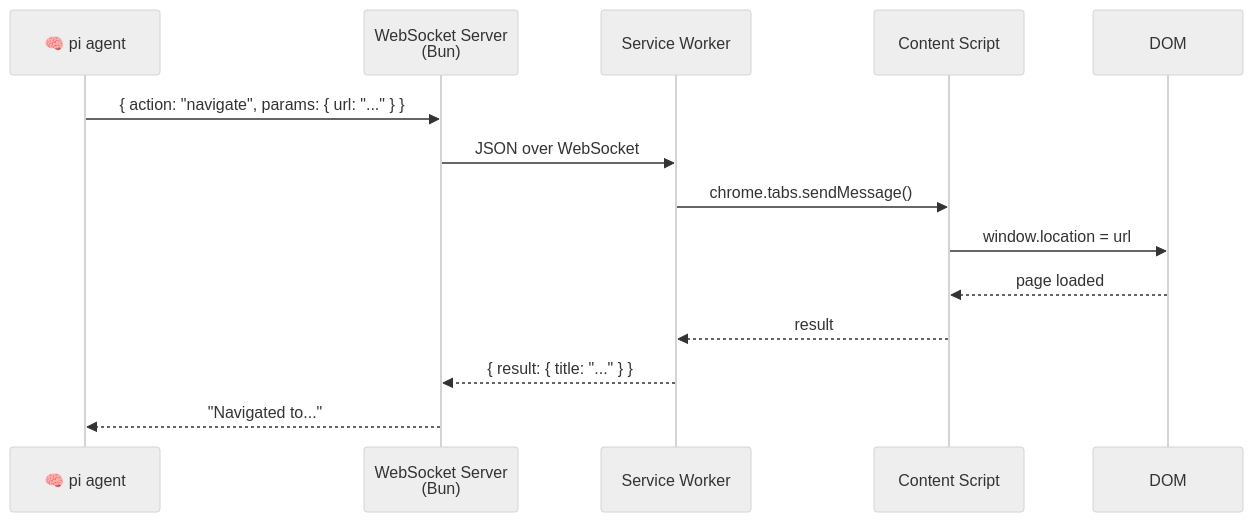
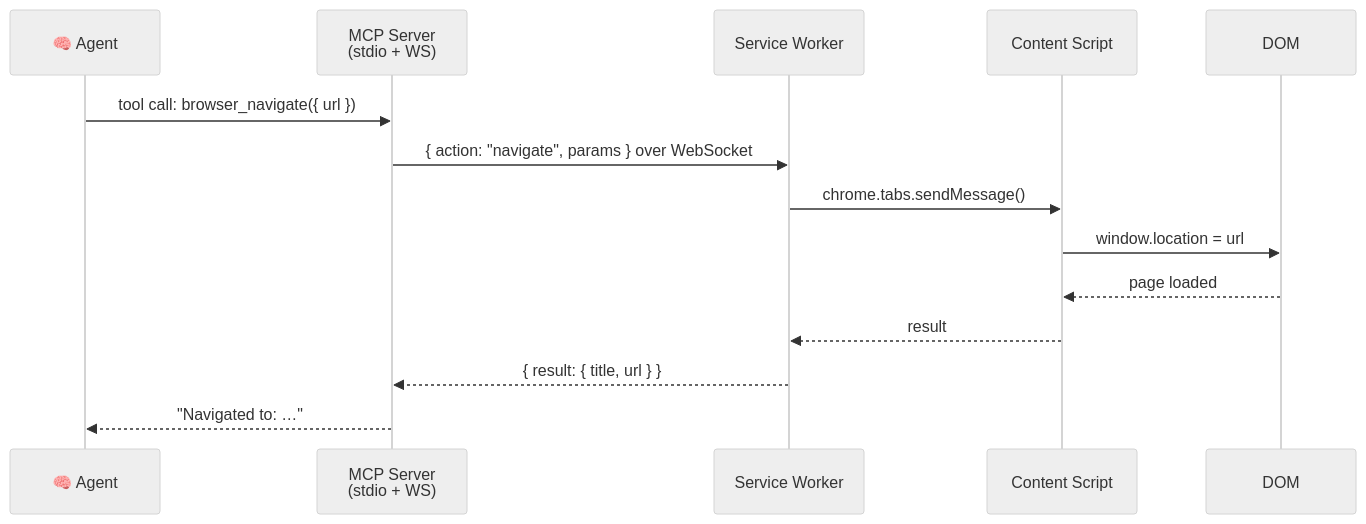
Before and after one commit to vzsoares/agent-browser-bridge: the second of 2 diagrams in README.md, drawn with Mermaid (neutral theme). The commit also changed other lines of this file and 130 other files, not shown here.

Commit message:
refactor: migrate to mcp server and rebrand as agent-browser-bridge

````diff
--- a/README.md
+++ b/README.md
@@ -199,17 +109,17 @@
 ```mermaid
 sequenceDiagram
-    participant pi as 🧠 pi agent
-    participant ws as WebSocket Server<br/>(Bun)
+    participant agent as 🧠 Agent
+    participant mcp as MCP Server<br/>(stdio + WS)
     participant sw as Service Worker
     participant cs as Content Script
     participant dom as DOM
 
-    pi->>ws: { action: "navigate", params: { url: "..." } }
-    ws->>sw: JSON over WebSocket
+    agent->>mcp: tool call: browser_navigate({ url })
+    mcp->>sw: { action: "navigate", params } over WebSocket
     sw->>cs: chrome.tabs.sendMessage()
     cs->>dom: window.location = url
     dom-->>cs: page loaded
     cs-->>sw: result
-    sw-->>ws: { result: { title: "..." } }
-    ws-->>pi: "Navigated to..."
+    sw-->>mcp: { result: { title, url } }
+    mcp-->>agent: "Navigated to: …"
 ```
````
